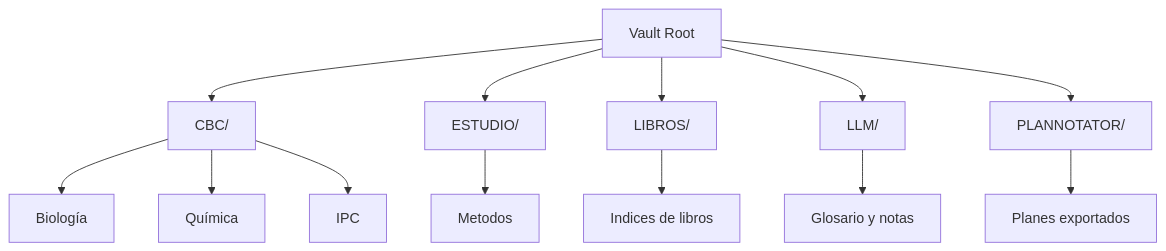
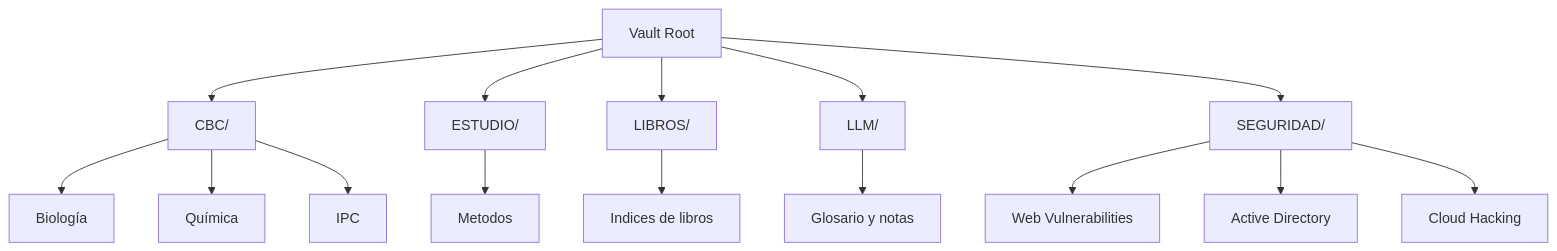
The diagram in AGENTS.md (Igabr13l/obsidian-vault), drawn with Mermaid before and after one commit. The commit also changed other lines of this file and 2 other files, not shown here.

Commit message:
vault backup: 2026-06-14 00:55:16

````diff
--- a/AGENTS.md
+++ b/AGENTS.md
@@ -17,16 +18,18 @@
 ```mermaid
 graph TD
     Root[Vault Root] --> CBC[CBC/]
     Root --> EST[ESTUDIO/]
     Root --> LIB[LIBROS/]
     Root --> LLM[LLM/]
-    Root --> PLA[PLANNOTATOR/]
+    Root --> SEG[SEGURIDAD/]
     
     CBC --> BIO[Biología]
     CBC --> QUI[Química]
     CBC --> IPC[IPC]
     EST --> MET[Metodos]
     LIB --> RE[Indices de libros]
-    LLM --> GLO[Glosario y notas]
-    PLA --> EXP[Planes exportados]
+    LLM --> GLO["Glosario y notas"]
+    SEG --> WEB[Web Vulnerabilities]
+    SEG --> AD[Active Directory]
+    SEG --> CLO[Cloud Hacking]
 ```
````
